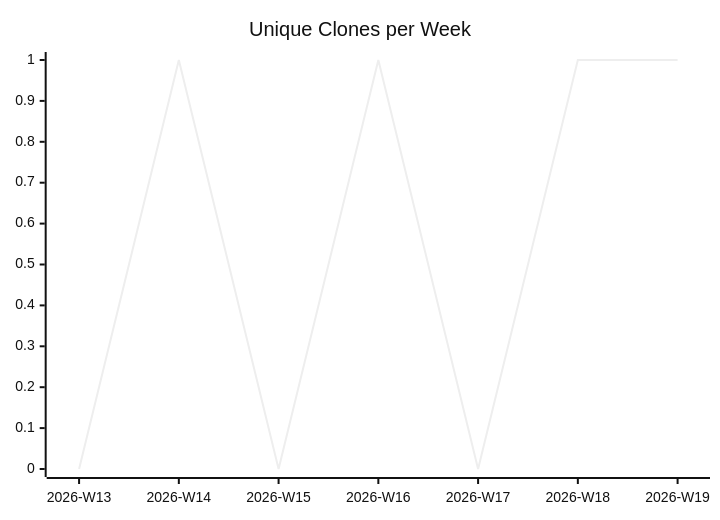
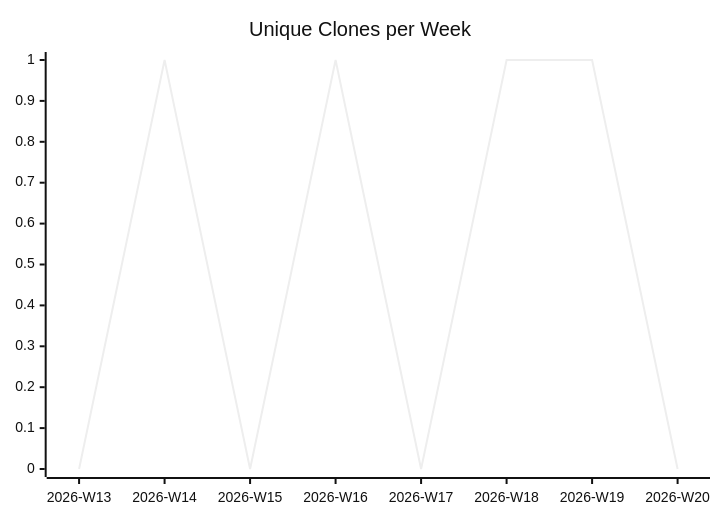
One commit to justdavis-family/github-analytics-data changed the third of 3 diagrams in karlmdavis/ansible-role-ldap/README.md. Above: the diagram before and after it, drawn with Mermaid (neutral theme). The commit also changed other lines of this file and 176 other files, not shown here.

````diff
--- a/karlmdavis/ansible-role-ldap/README.md
+++ b/karlmdavis/ansible-role-ldap/README.md
@@ -19,6 +19,6 @@
 ```mermaid
 xychart-beta
   title "Unique Clones per Week"
-  x-axis ["2026-W13", "2026-W14", "2026-W15", "2026-W16", "2026-W17", "2026-W18", "2026-W19"]
-  line [0, 1, 0, 1, 0, 1, 1]
+  x-axis ["2026-W13", "2026-W14", "2026-W15", "2026-W16", "2026-W17", "2026-W18", "2026-W19", "2026-W20"]
+  line [0, 1, 0, 1, 0, 1, 1, 0]
 ```
````
